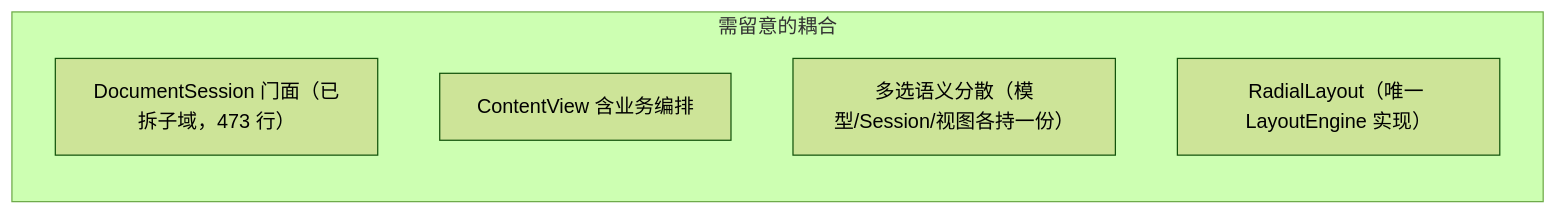
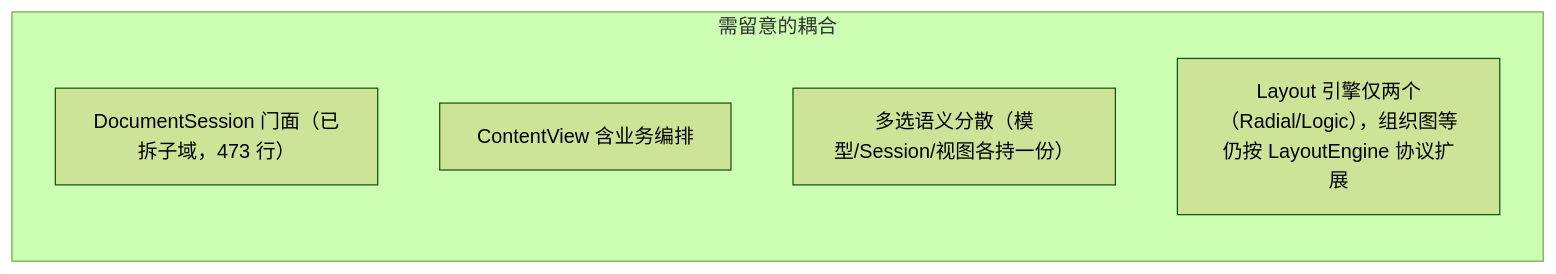
The fifth of 6 diagrams in docs/架构现状.md (LieonShelly/Linva), drawn with Mermaid (forest theme) before and after one commit. The commit also changed other lines of this file and 3 other files, not shown here.

````diff
--- a/docs/架构现状.md
+++ b/docs/架构现状.md
@@ -393,9 +404,9 @@
 ```mermaid
 flowchart LR
   subgraph Risk["需留意的耦合"]
     DS2["DocumentSession 门面（已拆子域，473 行）"]
     CV2["ContentView 含业务编排"]
     Sel["多选语义分散（模型/Session/视图各持一份）"]
-    Lay2["RadialLayout（唯一 LayoutEngine 实现）"]
+    Lay2["Layout 引擎仅两个（Radial/Logic），组织图等仍按 LayoutEngine 协议扩展"]
   end
 ```
````
